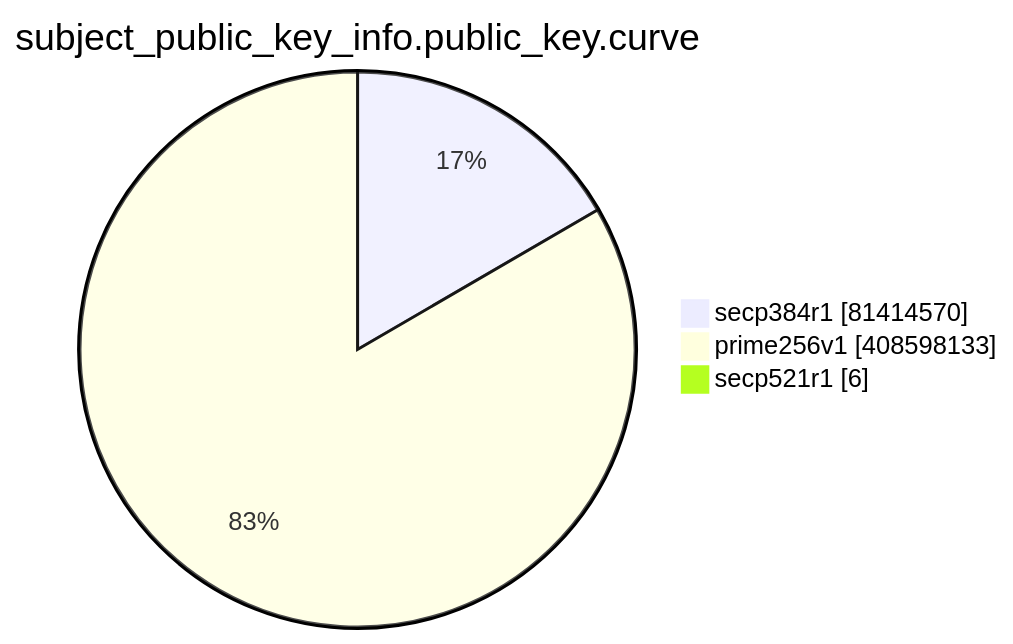
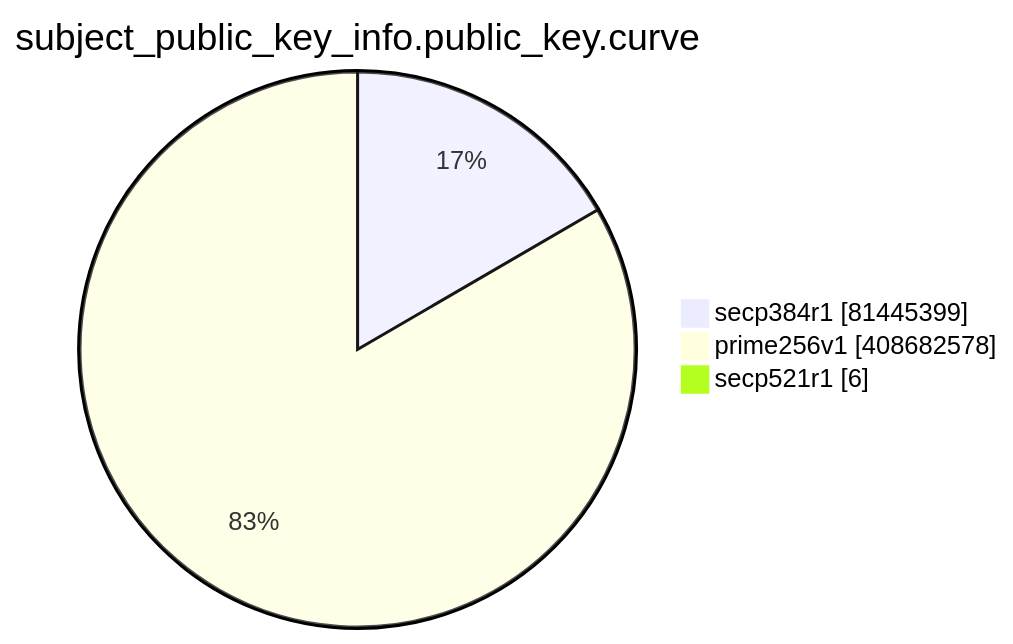
One commit to christiankrug/ctmonitor_visualization changed the eighth of 15 diagrams in TOTAL/README.md. Above: the diagram before and after it, drawn with Mermaid. The commit also changed other lines of this file, not shown here.

````diff
--- a/TOTAL/README.md
+++ b/TOTAL/README.md
@@ -3096,7 +3096,7 @@
 ```mermaid
 pie showData
 title subject_public_key_info.public_key.curve
-"secp384r1" :81414570
-"prime256v1" :408598133
+"secp384r1" :81445399
+"prime256v1" :408682578
 "secp521r1" :6
 ```
````
